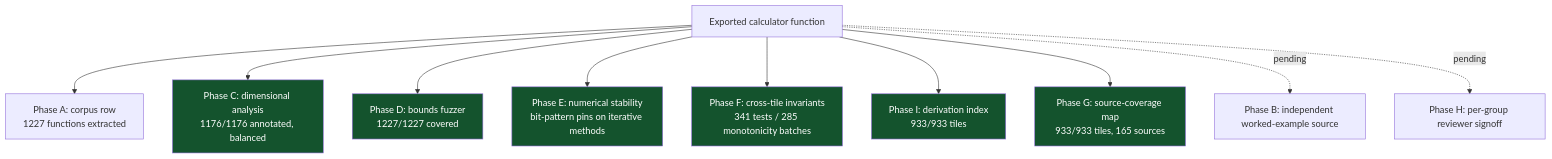
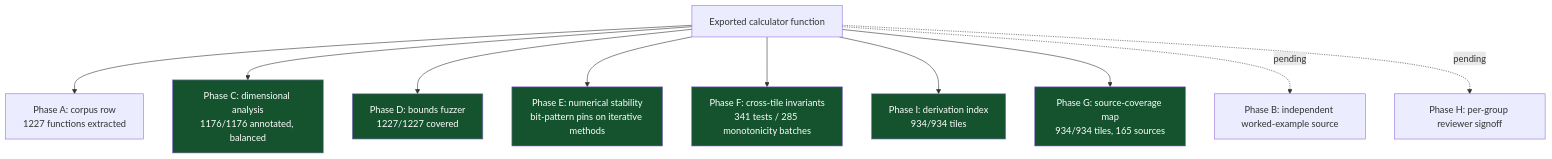
One commit to clay-good/roughlogic.com changed the sixth of 8 diagrams in README.md. Above: the diagram before and after it, drawn with Mermaid. The commit also changed other lines of this file and 17 other files, not shown here.

````diff
--- a/README.md
+++ b/README.md
@@ -519,18 +519,18 @@
 ```mermaid
 flowchart TB
     F[Exported calculator function] --> A[Phase A: corpus row\n1227 functions extracted]
     F --> C[Phase C: dimensional analysis\n1176/1176 annotated, balanced]
     F --> D[Phase D: bounds fuzzer\n1227/1227 covered]
     F --> E[Phase E: numerical stability\nbit-pattern pins on iterative methods]
     F --> Fa[Phase F: cross-tile invariants\n341 tests / 285 monotonicity batches]
-    F --> I[Phase I: derivation index\n933/933 tiles]
-    F --> G[Phase G: source-coverage map\n933/933 tiles, 165 sources]
+    F --> I[Phase I: derivation index\n934/934 tiles]
+    F --> G[Phase G: source-coverage map\n934/934 tiles, 165 sources]
     F -.pending.-> B[Phase B: independent worked-example source]
     F -.pending.-> H[Phase H: per-group reviewer signoff]
     style C fill:#14532d,color:#fff
     style D fill:#14532d,color:#fff
     style E fill:#14532d,color:#fff
     style Fa fill:#14532d,color:#fff
     style G fill:#14532d,color:#fff
     style I fill:#14532d,color:#fff
 ```
````
